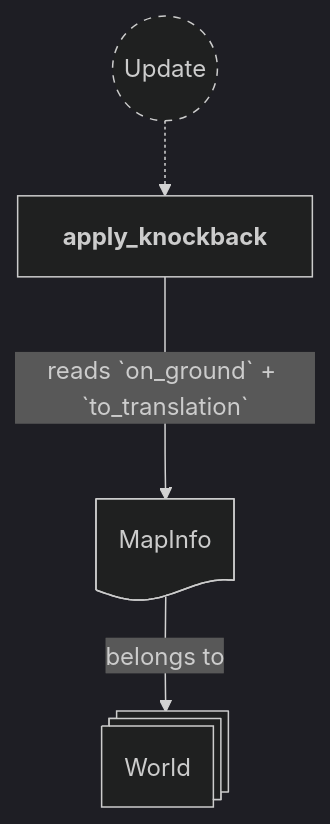
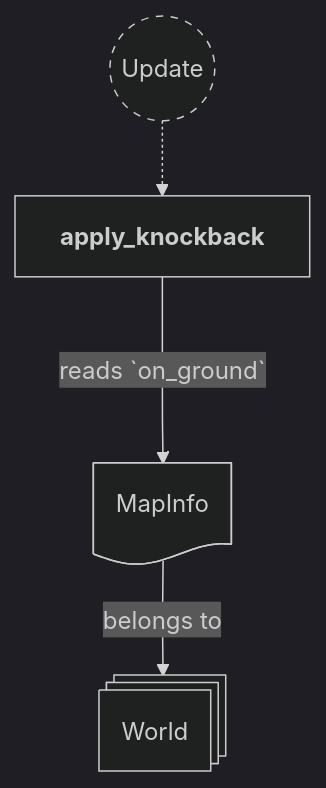
The second of 25 diagrams in backlog/docs/doc-10 - 008-Effects-plugin.md (neurosoup/tyled), drawn with Mermaid before and after one commit. The commit also changed other lines of this file and 10 other files, not shown here.

````diff
--- a/backlog/docs/doc-10 - 008-Effects-plugin.md
+++ b/backlog/docs/doc-10 - 008-Effects-plugin.md
@@ -259,21 +263,21 @@
 ```mermaid
 ---
 config:
   theme: dark
 ---
 
 flowchart TD
 classDef system-group stroke-dasharray: 5 5
 
 update(("`Update`")):::system-group
 apply_knockback["`**apply_knockback**`"]
 
 update -.-> apply_knockback
 
 world@{ shape: st-rect, label: "World" }
 map_info_res@{ shape: doc, label: "MapInfo" }
 
 map_info_res --> |belongs to| world
 
-apply_knockback ---> |reads `on_ground` + `to_translation`| map_info_res
+apply_knockback ---> |reads `on_ground`| map_info_res
 ```
````
